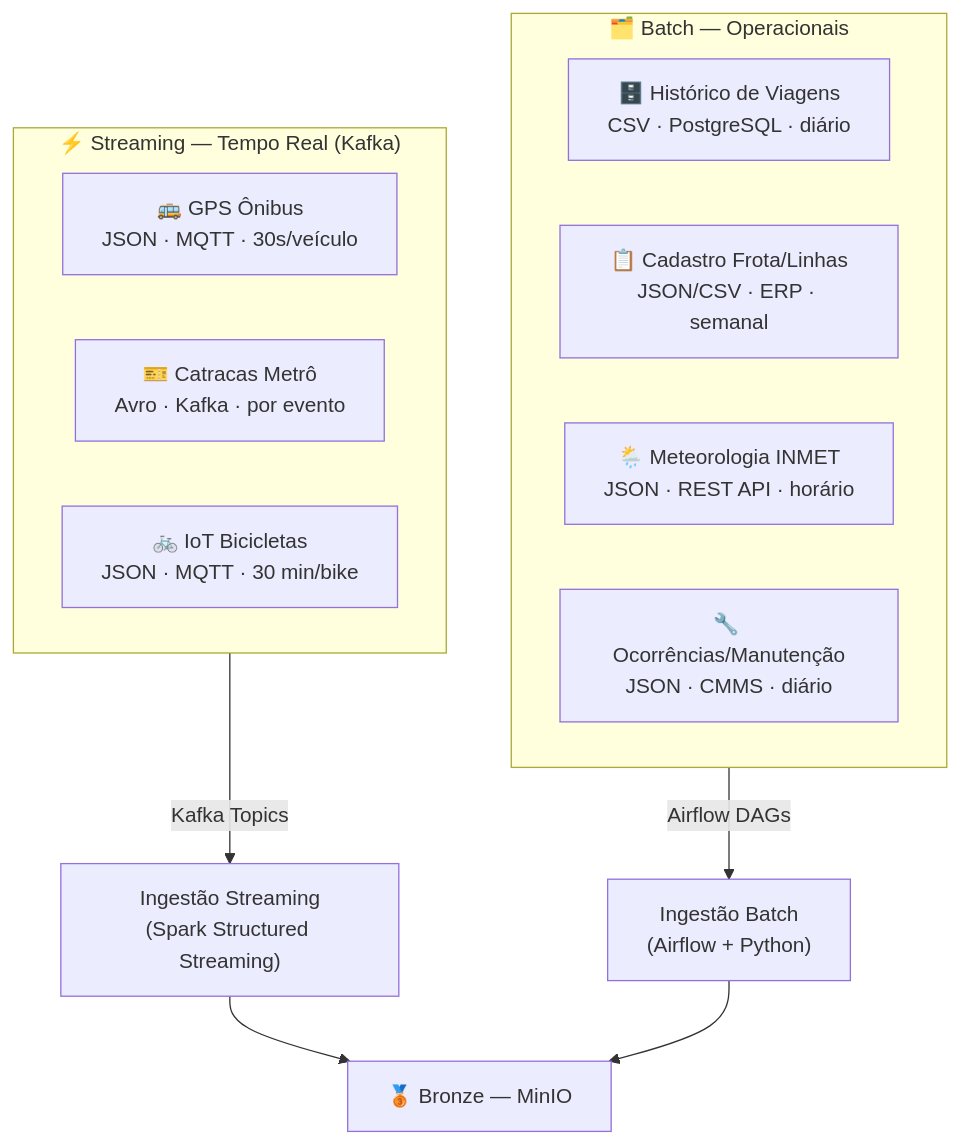
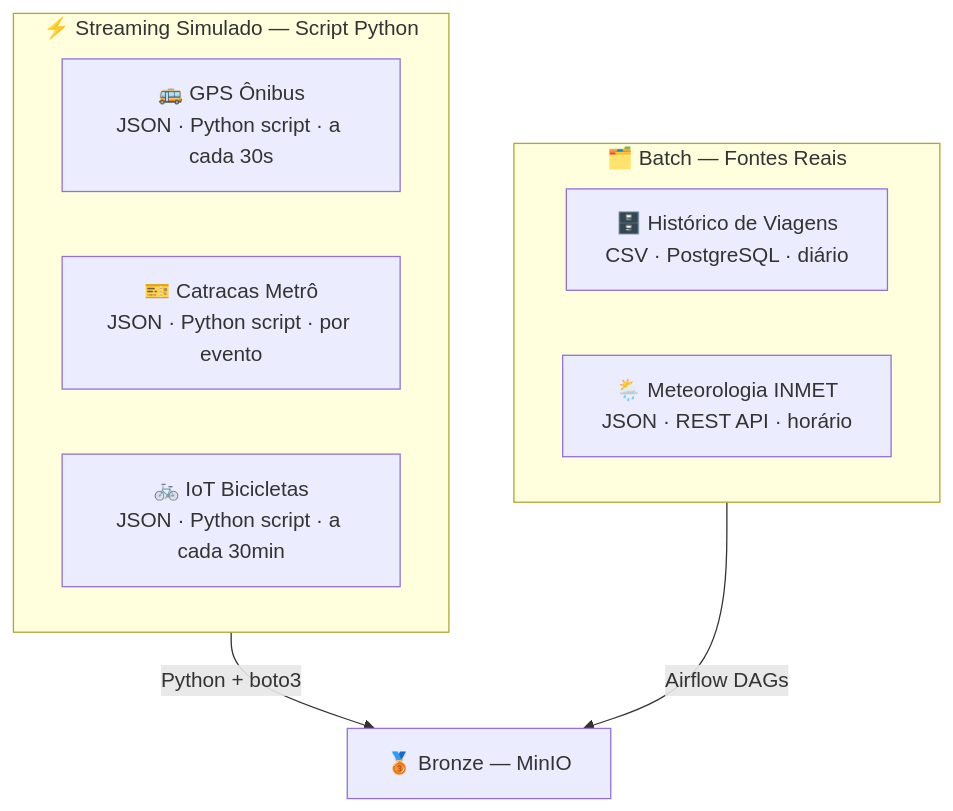
One commit to eduardohirle22/Trabalho-engenharia-de-dados changed the diagram in mobilidade-urbana-dataeng/docs/02-definicao-dados.md. Above: the diagram before and after it, drawn with Mermaid. The commit also changed other lines of this file and 10 other files, not shown here.

````diff
--- a/mobilidade-urbana-dataeng/docs/02-definicao-dados.md
+++ b/mobilidade-urbana-dataeng/docs/02-definicao-dados.md
@@ -7,21 +9,16 @@
 ```mermaid
 graph TD
-    subgraph STREAM["⚡ Streaming — Tempo Real (Kafka)"]
-        S1["🚌 GPS Ônibus\nJSON · MQTT · 30s/veículo"]
-        S2["🎫 Catracas Metrô\nAvro · Kafka · por evento"]
-        S3["🚲 IoT Bicicletas\nJSON · MQTT · 30 min/bike"]
+    subgraph STREAM["⚡ Streaming Simulado — Script Python"]
+        S1["🚌 GPS Ônibus\nJSON · Python script · a cada 30s"]
+        S2["🎫 Catracas Metrô\nJSON · Python script · por evento"]
+        S3["🚲 IoT Bicicletas\nJSON · Python script · a cada 30min"]
     end
 
-    subgraph BATCH["🗂️ Batch — Operacionais"]
+    subgraph BATCH["🗂️ Batch — Fontes Reais"]
         B1["🗄️ Histórico de Viagens\nCSV · PostgreSQL · diário"]
-        B2["📋 Cadastro Frota/Linhas\nJSON/CSV · ERP · semanal"]
-        B3["🌦️ Meteorologia INMET\nJSON · REST API · horário"]
-        B4["🔧 Ocorrências/Manutenção\nJSON · CMMS · diário"]
+        B2["🌦️ Meteorologia INMET\nJSON · REST API · horário"]
     end
 
-    STREAM -->|"Kafka Topics"| INGEST_S["Ingestão Streaming\n(Spark Structured Streaming)"]
-    BATCH -->|"Airflow DAGs"| INGEST_B["Ingestão Batch\n(Airflow + Python)"]
-
-    INGEST_S --> BRONZE["🥉 Bronze — MinIO"]
-    INGEST_B --> BRONZE
+    STREAM -->|"Python + boto3"| BRONZE["🥉 Bronze — MinIO"]
+    BATCH -->|"Airflow DAGs"| BRONZE
 ```
````
